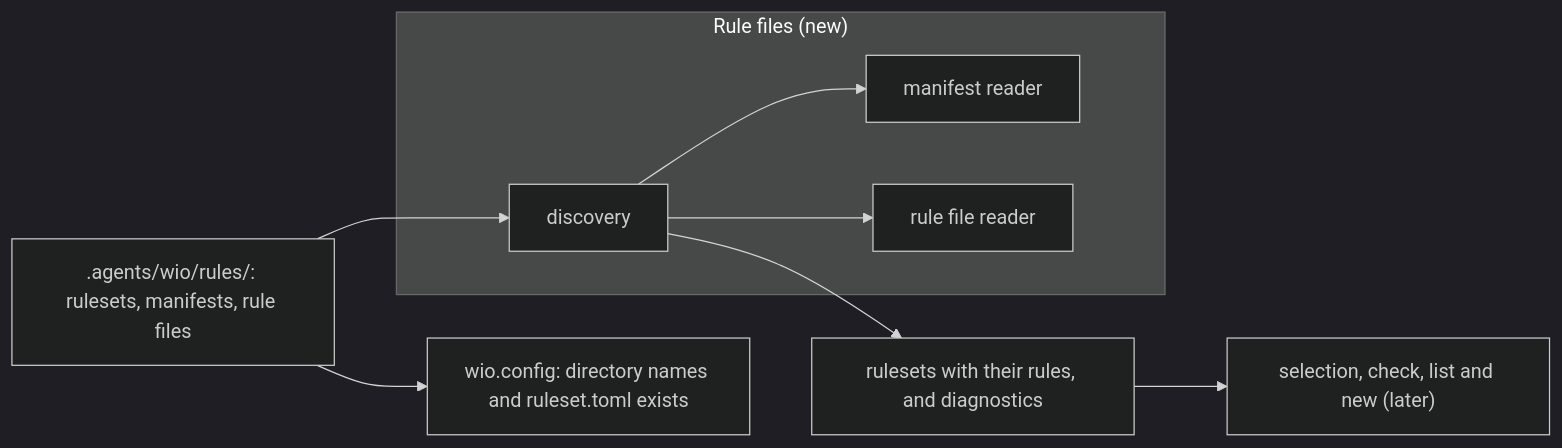
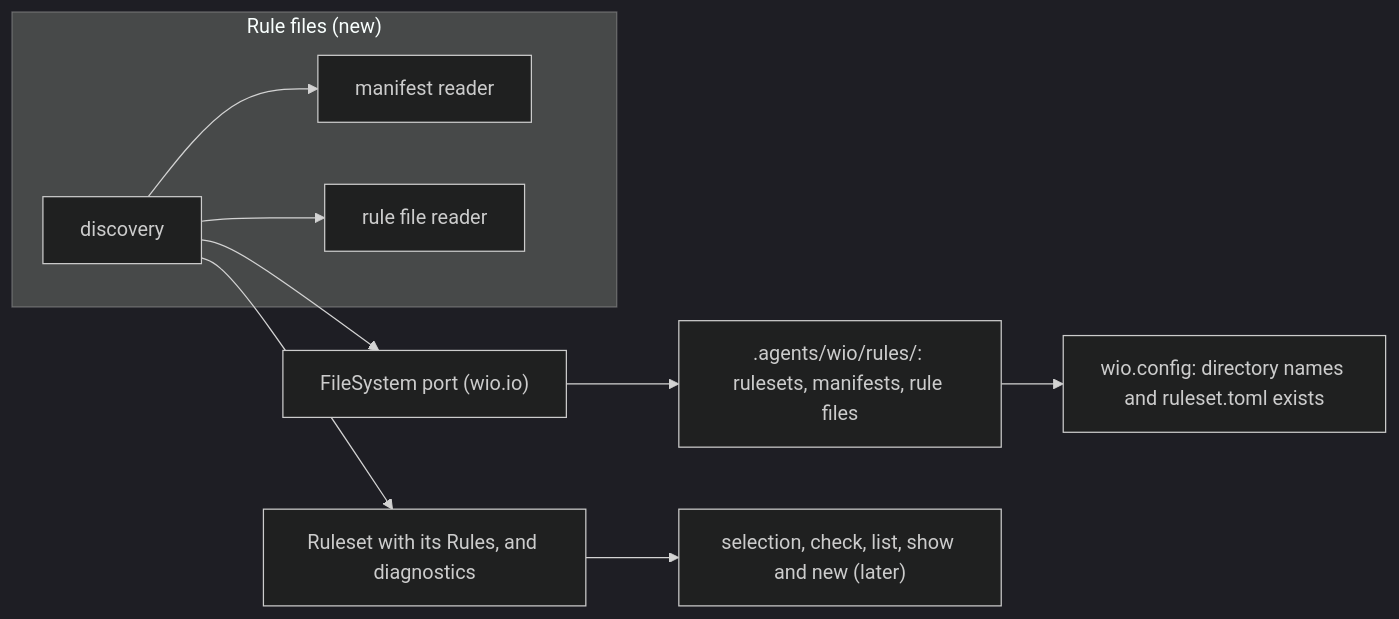
One commit to msitarz/wio changed the second of 2 diagrams in .agents/wio/works/wio-rules/rule-files/README.md. Above: the diagram before and after it, drawn with Mermaid (dark theme). The commit also changed other lines of this file, not shown here.

First line of the commit message:
docs(rules): give the rule files Work a Ruleset and its failure boundaries

````diff
--- a/.agents/wio/works/wio-rules/rule-files/README.md
+++ b/.agents/wio/works/wio-rules/rule-files/README.md
@@ -99,18 +123,20 @@
 ```mermaid
 flowchart LR
     files[".agents/wio/rules/: rulesets, manifests, rule files"]
     cfg["wio.config: directory names and ruleset.toml exists"]
+    fsport["FileSystem port (wio.io)"]
     subgraph rf["Rule files (new)"]
         discovery["discovery"]
         manifest["manifest reader"]
         rule["rule file reader"]
     end
-    out["rulesets with their rules, and diagnostics"]
-    later["selection, check, list and new (later)"]
+    out["Ruleset with its Rules, and diagnostics"]
+    later["selection, check, list, show and new (later)"]
     files --> cfg
-    files --> discovery
+    discovery --> fsport
+    fsport --> files
     discovery --> manifest
     discovery --> rule
     discovery --> out
     out --> later
 ```
````
